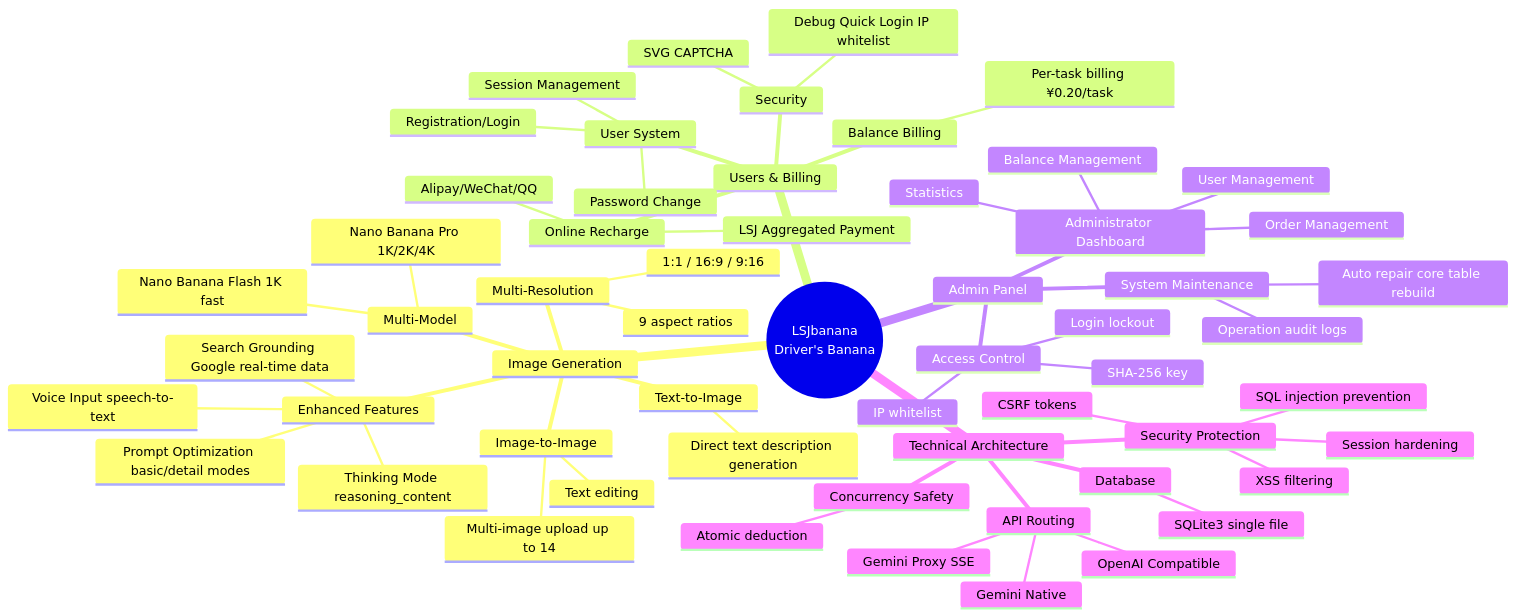
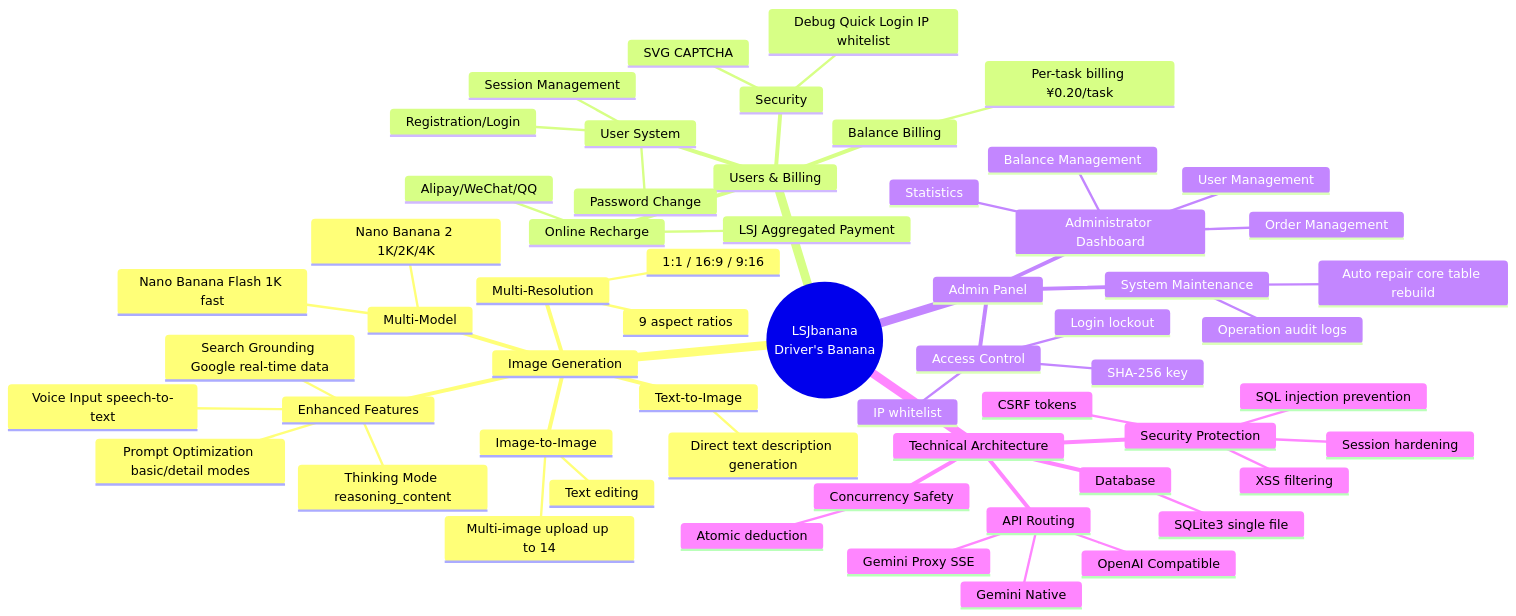
One commit to RusianHu/LSJbanana changed the diagram in README.EN.md. Above: the diagram before and after it, drawn with Mermaid. The commit also changed other lines of this file and 14 other files, not shown here.

````diff
--- a/README.EN.md
+++ b/README.EN.md
@@ -9,61 +9,61 @@
 ```mermaid
 mindmap
   root((LSJbanana<br>Driver's Banana))
     Image Generation
       Text-to-Image
         Direct text description generation
       Image-to-Image
         Multi-image upload up to 14
         Text editing
       Multi-Model
-        Nano Banana Pro 1K/2K/4K
+        Nano Banana 2 1K/2K/4K
         Nano Banana Flash 1K fast
       Multi-Resolution
         9 aspect ratios
         1:1 / 16:9 / 9:16
       Enhanced Features
         Search Grounding Google real-time data
         Prompt Optimization basic/detail modes
         Voice Input speech-to-text
         Thinking Mode reasoning_content
     Users & Billing
       User System
         Registration/Login
         Session Management
         Password Change
       Balance Billing
         Per-task billing ¥0.20/task
       Online Recharge
         LSJ Aggregated Payment
         Alipay/WeChat/QQ
       Security
         SVG CAPTCHA
         Debug Quick Login IP whitelist
     Admin Panel
       Administrator Dashboard
         User Management
         Order Management
         Balance Management
         Statistics
       Access Control
         SHA-256 key
         IP whitelist
         Login lockout
       System Maintenance
         Operation audit logs
         Auto repair core table rebuild
     Technical Architecture
       Database
         SQLite3 single file
       API Routing
         Gemini Native
         OpenAI Compatible
         Gemini Proxy SSE
       Security Protection
         CSRF tokens
         SQL injection prevention
         XSS filtering
         Session hardening
       Concurrency Safety
         Atomic deduction
 ```
````
